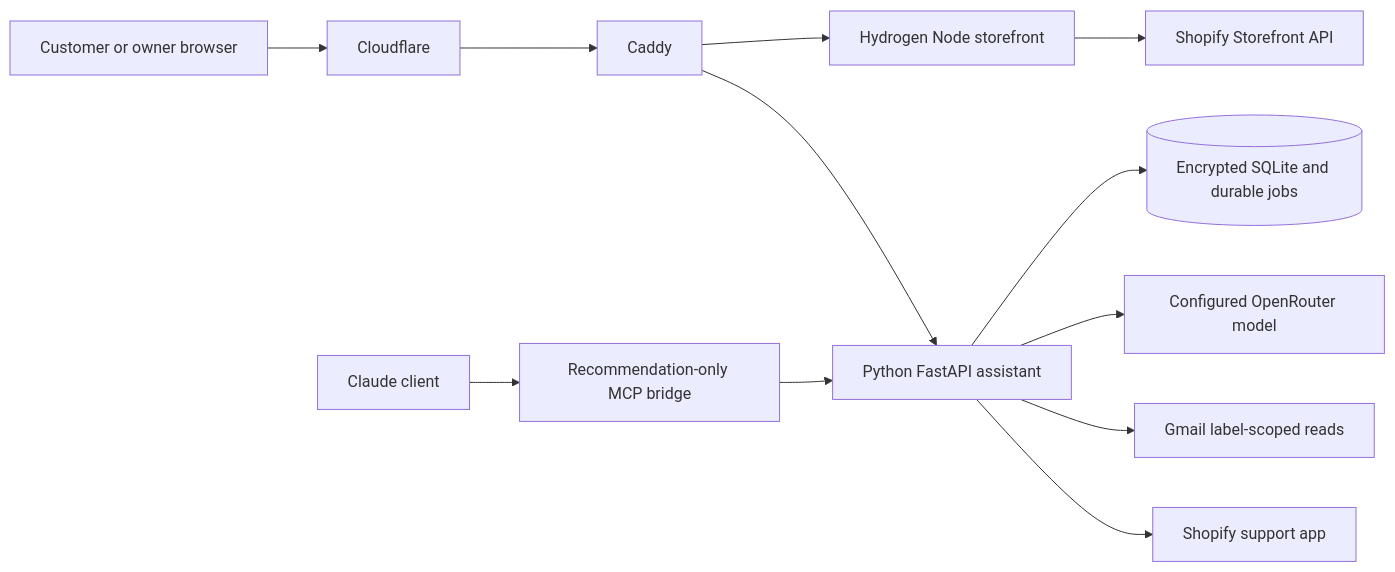
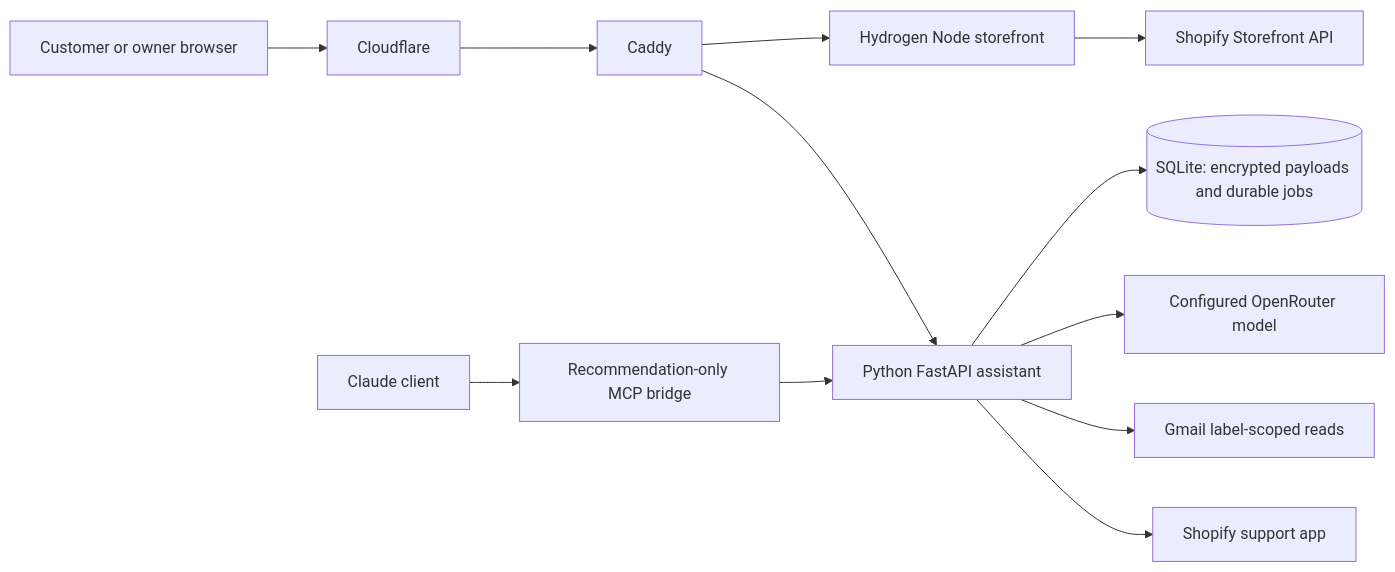
Before and after one commit to Zahidulislam2222/regenai: the diagram in docs/ARCHITECTURE.md, drawn with Mermaid. The commit also changed 10 other files, not shown here.

````diff
--- a/docs/ARCHITECTURE.md
+++ b/docs/ARCHITECTURE.md
@@ -7,14 +7,14 @@
 ```mermaid
 flowchart LR
   Browser[Customer or owner browser] --> Edge[Cloudflare]
   Edge --> Router[Caddy]
   Router --> Web[Hydrogen Node storefront]
   Router --> Support[Python FastAPI assistant]
   Web --> Catalog[Shopify Storefront API]
-  Support --> DB[(Encrypted SQLite and durable jobs)]
+  Support --> DB[(SQLite: encrypted payloads and durable jobs)]
   Support --> AI[Configured OpenRouter model]
   Support --> Inbox[Gmail label-scoped reads]
   Support --> Orders[Shopify support app]
   Claude[Claude client] --> Bridge[Recommendation-only MCP bridge]
   Bridge --> Support
 ```
````
